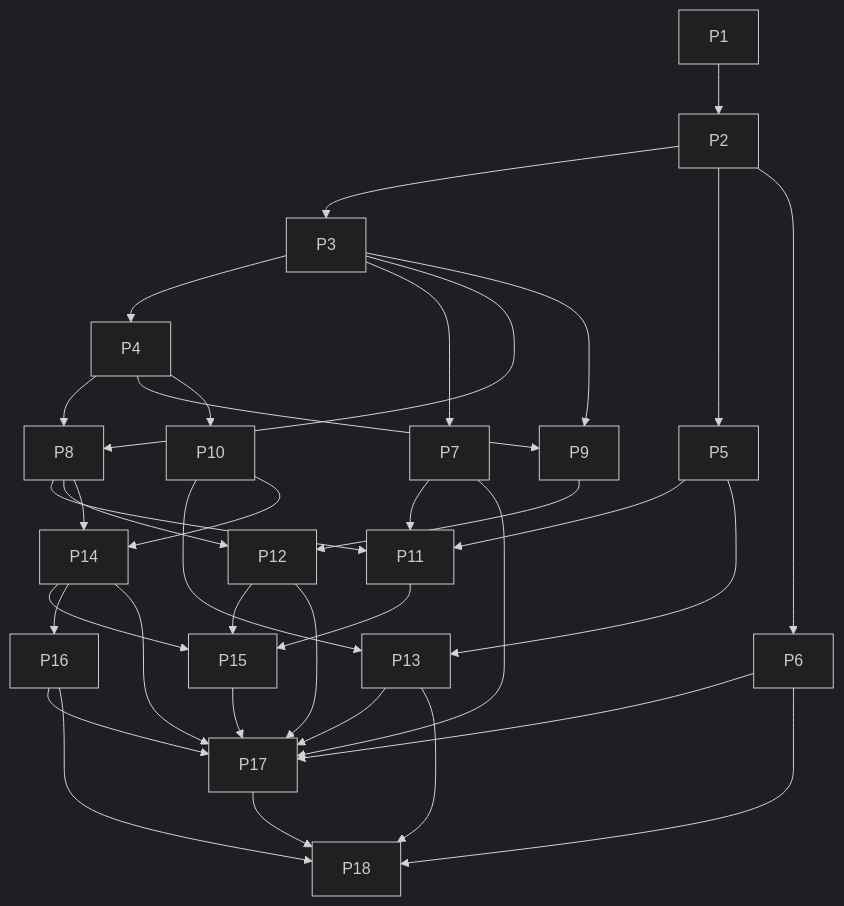
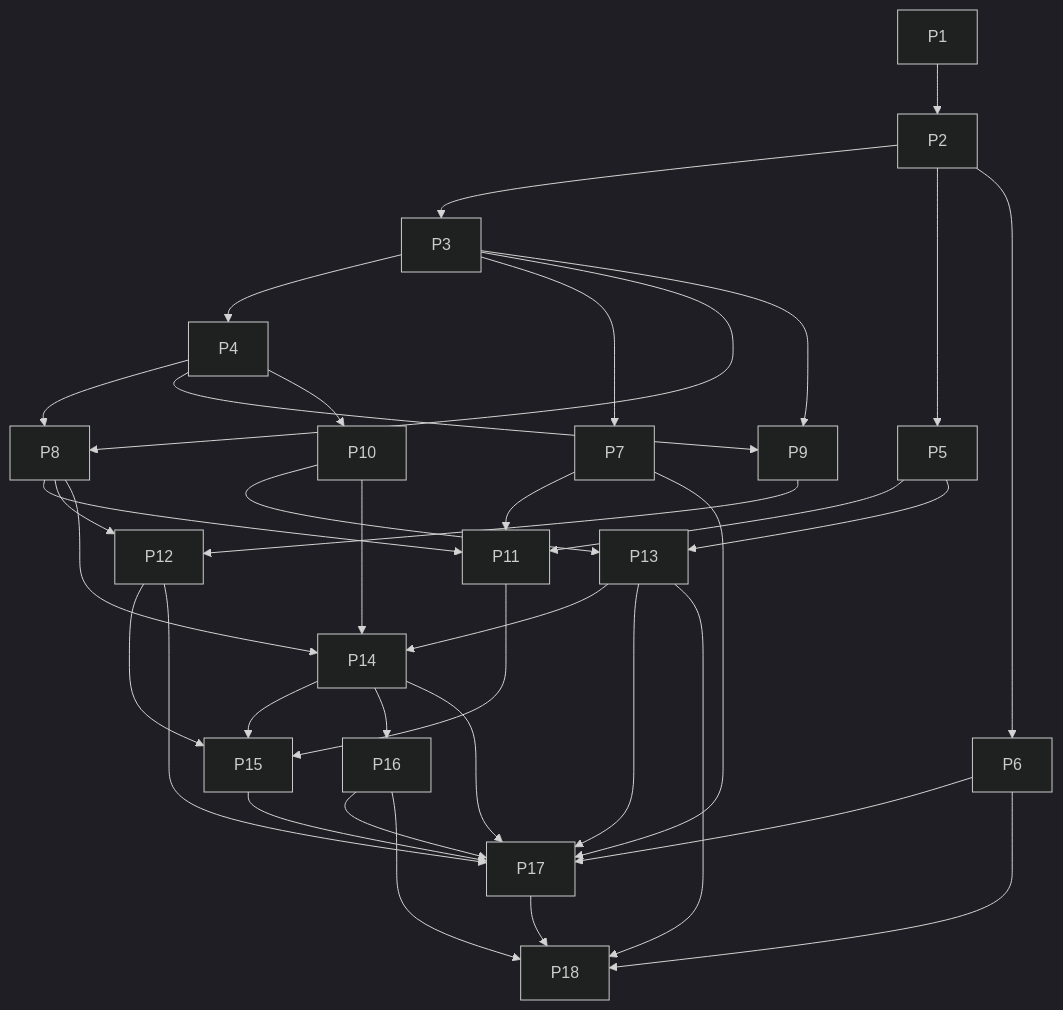
The diagram in docs/plans/headless-mode-implementation/phased-plan.md (teamupstart/mission-control), drawn with Mermaid (dark theme) before and after one commit. The commit also changed other lines of this file and 8 other files, not shown here.

````diff
--- a/docs/plans/headless-mode-implementation/phased-plan.md
+++ b/docs/plans/headless-mode-implementation/phased-plan.md
@@ -95,38 +97,39 @@
 ```mermaid
 flowchart TD
   P1 --> P2
   P2 --> P3
   P3 --> P4
   P2 --> P5
   P2 --> P6
   P3 --> P7
   P3 --> P8
   P4 --> P8
   P3 --> P9
   P4 --> P9
   P4 --> P10
   P8 --> P11
   P5 --> P11
   P7 --> P11
   P8 --> P12
   P9 --> P12
   P10 --> P13
   P5 --> P13
   P8 --> P14
   P10 --> P14
+  P13 --> P14
   P11 --> P15
   P12 --> P15
   P14 --> P15
   P14 --> P16
   P14 --> P17
   P15 --> P17
   P12 --> P17
   P7 --> P17
   P13 --> P17
   P6 --> P17
   P16 --> P17
   P6 --> P18
   P13 --> P18
   P16 --> P18
   P17 --> P18
 ```
````
